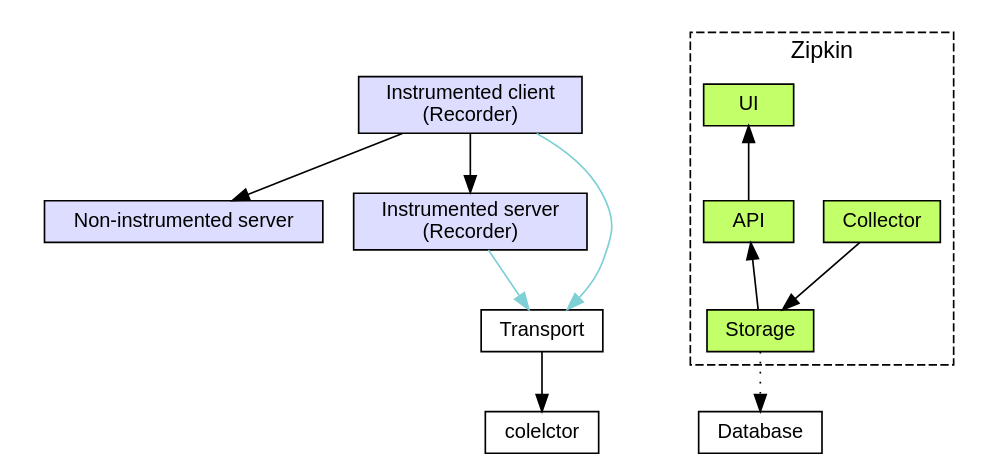
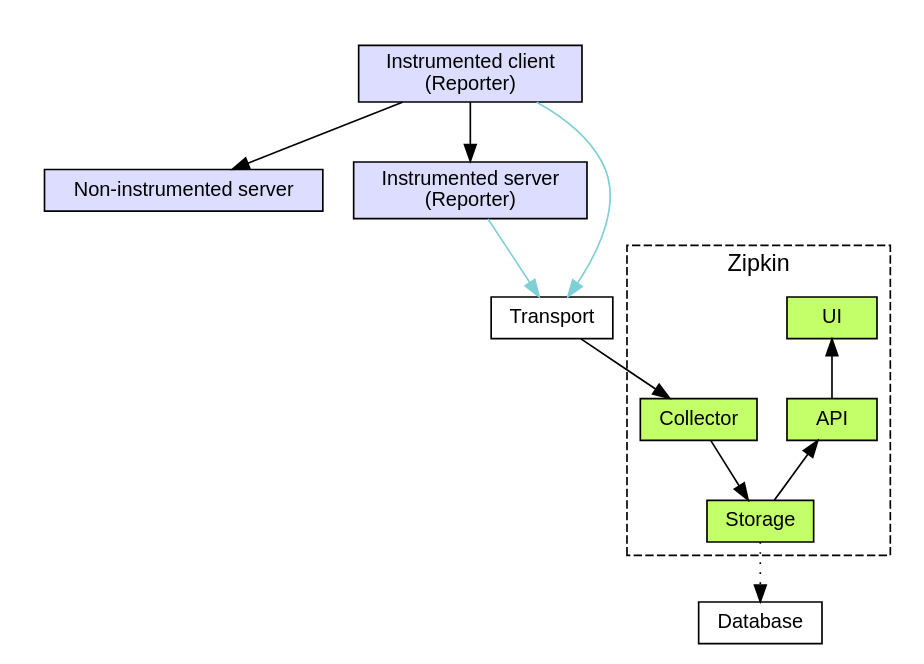
One commit to jplock/openzipkin.github.io changed the diagram in graphs/architecture/source.dot. Above: the diagram before and after it, drawn with Graphviz. The commit also changed 1 other file, not shown here.

Commit message:
Oh wait, recorder is now called reporter

```diff
--- a/graphs/architecture/source.dot
+++ b/graphs/architecture/source.dot
@@ -1,42 +1,42 @@
 digraph Architecture {
   node[fontsize=12, height=0.35, fontname=Helvetica, shape=rect];
   fontname=Helvetica;
 
   subgraph cluster_your_app {
     color=white;
     node[fillcolor="#DDDDFF", style=filled];
 
-    client[label="Instrumented client\n(Recorder)"];
+    client[label="Instrumented client\n(Reporter)"];
     uninstrumented_server[label="Non-instrumented server"];
-    instrumented_server[label="Instrumented server\n(Recorder)"];
+    instrumented_server[label="Instrumented server\n(Reporter)"];
 
     client -> instrumented_server;
     client -> uninstrumented_server;
   }
 
   transport [label=Transport];
   
   subgraph cluster_zipkin {
     label=Zipkin;
     style=dashed;
     node[fillcolor="#C3FF68", style=filled];
 
     collector[label=Collector];
     storage[label=Storage];
     api[label=API];
     ui[label=UI];
 
     collector -> storage;
     
 	api -> storage [dir=back];
 	ui -> api [dir=back];
   }
 
   database[label=Database];
   storage -> database [style=dotted];
 
   instrumented_server -> transport [color="#7ED0D6"];
   client -> transport [color="#7ED0D6"];
-  transport -> colelctor;
+  transport -> collector;
 
 }
```
